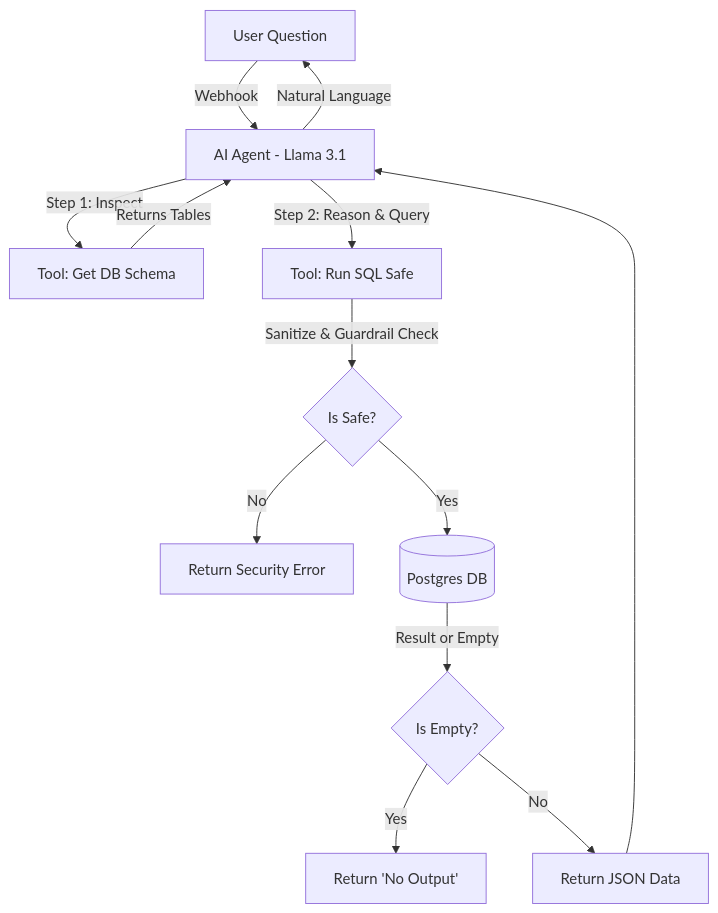
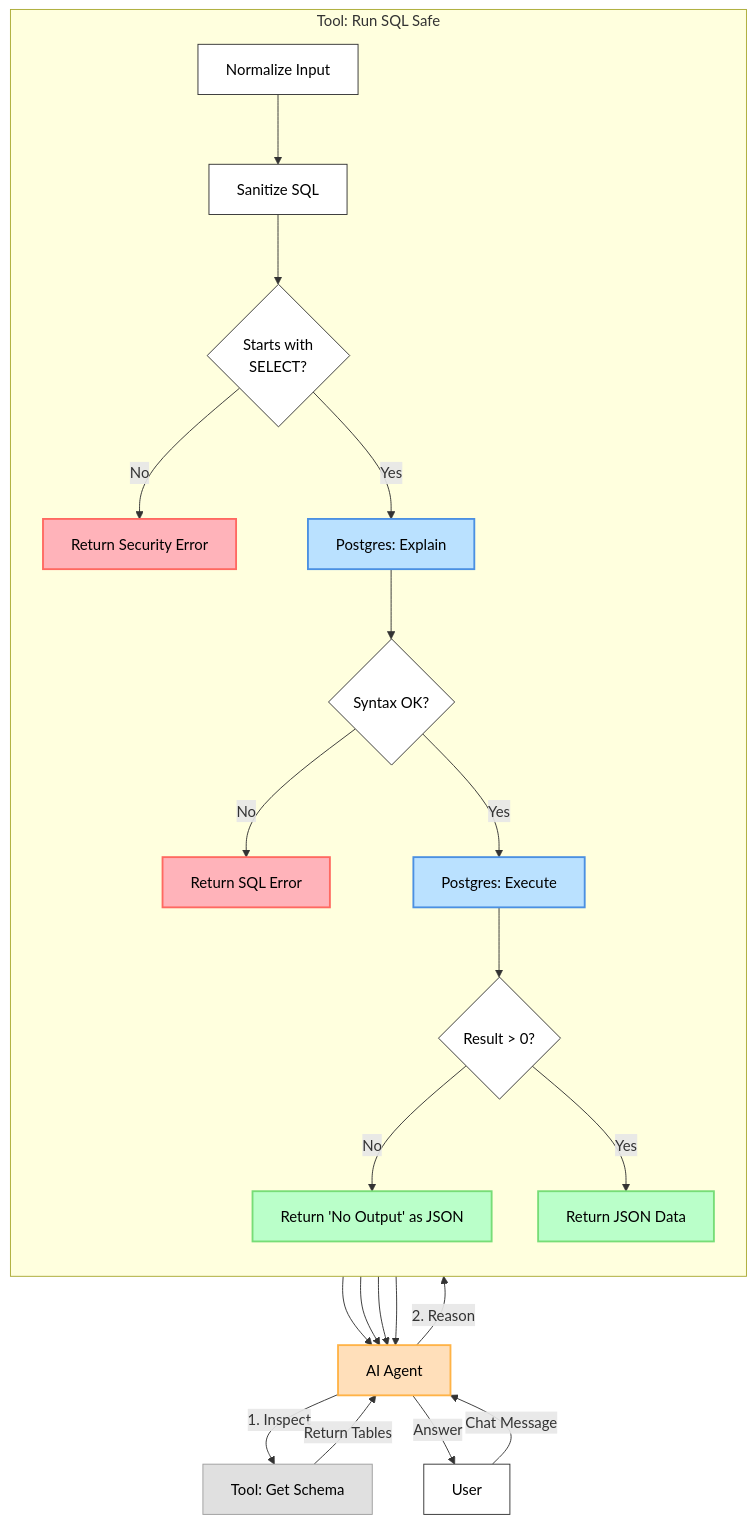
One commit to PrudhviGudla/n8n-workflows changed the diagram in workflows/agentic_sql_chatbot/README.md. Above: the diagram before and after it, drawn with Mermaid. The commit also changed other lines of this file, not shown here.

Commit message:
Revise README for Agentic SQL Chatbot Workflow
Updated the README.md to enhance clarity and detail regarding the Agentic SQL Chatbot workflow, including architecture, workflow descriptions, and setup instructions.

````diff
--- a/workflows/agentic_sql_chatbot/README.md
+++ b/workflows/agentic_sql_chatbot/README.md
@@ -57,15 +72,53 @@
 ```mermaid
-graph TD
-    User[User Question] -->|Webhook| Agent[AI Agent - Llama 3.1]
-    Agent -->|Step 1: Inspect| SchemaTool[Tool: Get DB Schema]
-    SchemaTool -->|Returns Tables| Agent
-    Agent -->|Step 2: Reason & Query| SQLTool[Tool: Run SQL Safe]
-    SQLTool -->|Sanitize & Guardrail Check| Check{Is Safe?}
-    Check -->|No| Error[Return Security Error]
-    Check -->|Yes| Postgres[(Postgres DB)]
-    Postgres -->|Result or Empty| EmptyCheck{Is Empty?}
-    EmptyCheck -->|Yes| NoRecs[Return 'No Output']
-    EmptyCheck -->|No| Data[Return JSON Data]
+flowchart TD
+    %% Style Definitions
+    classDef default fill:#fff,stroke:#333,stroke-width:1px,color:#000
+    classDef agent fill:#ffdfba,stroke:#ffb347,stroke-width:2px,color:#000
+    classDef db fill:#bae1ff,stroke:#4b90e2,stroke-width:2px,color:#000
+    classDef error fill:#ffb3ba,stroke:#ff6961,stroke-width:2px,color:#000
+    classDef success fill:#baffc9,stroke:#77dd77,stroke-width:2px,color:#000
+    classDef tool fill:#e0e0e0,stroke:#9e9e9e,stroke-width:1px,color:#000
+
+    %% Main Flow
+    User[User] -->|Chat Message| Agent[AI Agent]
+    
+    %% Tool 1: Schema
+    Agent -->|1. Inspect| SchemaTool[Tool: Get Schema]
+    SchemaTool -->|Return Tables| Agent
+    
+    %% Tool 2: SQL Safe Logic
+    Agent -->|2. Reason| Normalize
+    
+    subgraph SQLLogic [Tool: Run SQL Safe]
+        direction TB
+        Normalize[Normalize Input] --> Sanitize[Sanitize SQL]
+        Sanitize --> CheckReadOnly{"Starts with<br/>SELECT?"}
+        
+        %% Branching
+        CheckReadOnly -->|No| SecErr[Return Security Error]
+        CheckReadOnly -->|Yes| Explain["Postgres: Explain"]
+        
+        Explain --> SyntaxCheck{"Syntax OK?"}
+        SyntaxCheck -->|No| SQLErr[Return SQL Error]
+        SyntaxCheck -->|Yes| Exec[Postgres: Execute]
+        
+        Exec --> EmptyCheck{"Result > 0?"}
+        EmptyCheck -->|No| NoRecs[Return 'No Output' as JSON]
+        EmptyCheck -->|Yes| Data[Return JSON Data]
+    end
+
+    %% Returns to Agent
+    SecErr --> Agent
+    SQLErr --> Agent
+    NoRecs --> Agent
     Data --> Agent
-    Agent -->|Natural Language| User
+    
+    Agent -->|Answer| User
+
+    %% Apply Styles (The Safe Way)
+    class Agent agent
+    class SchemaTool tool
+    class SecErr,SQLErr error
+    class Explain,Exec db
+    class NoRecs,Data success
 ```
````
